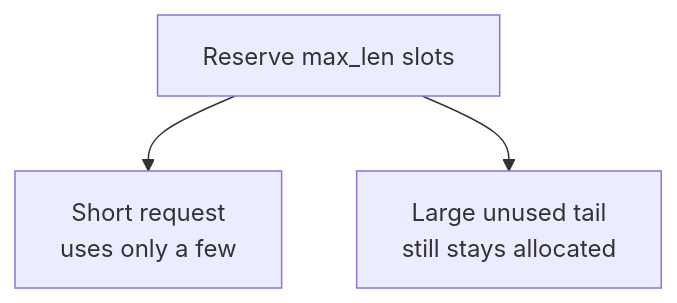
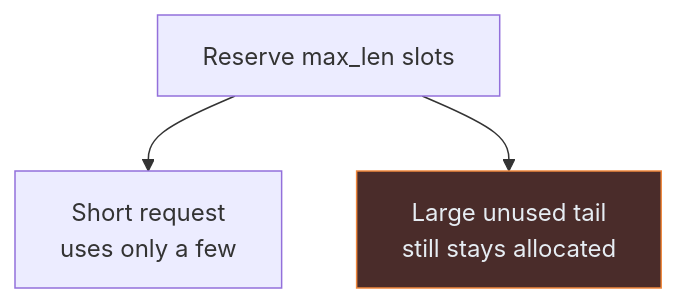
One commit to danilop/micro-gpt-and-beyond changed the diagram in walk-the-code/diagrams/paged_contiguous.mmd. Above: the diagram before and after it, drawn with Mermaid. The commit also changed 59 other files, not shown here.

```diff
--- a/walk-the-code/diagrams/paged_contiguous.mmd
+++ b/walk-the-code/diagrams/paged_contiguous.mmd
@@ -1,6 +1,9 @@
+%% palette: costly = capacity reserved but never used
 graph TD
     alloc_c[Reserve max_len slots]
     used[Short request<br/>uses only a few]
     waste[Large unused tail<br/>still stays allocated]
     alloc_c --> used
     alloc_c --> waste
+    classDef costly fill:#4a2c2a,stroke:#f0883e,color:#e6edf3
+    class waste costly
```
